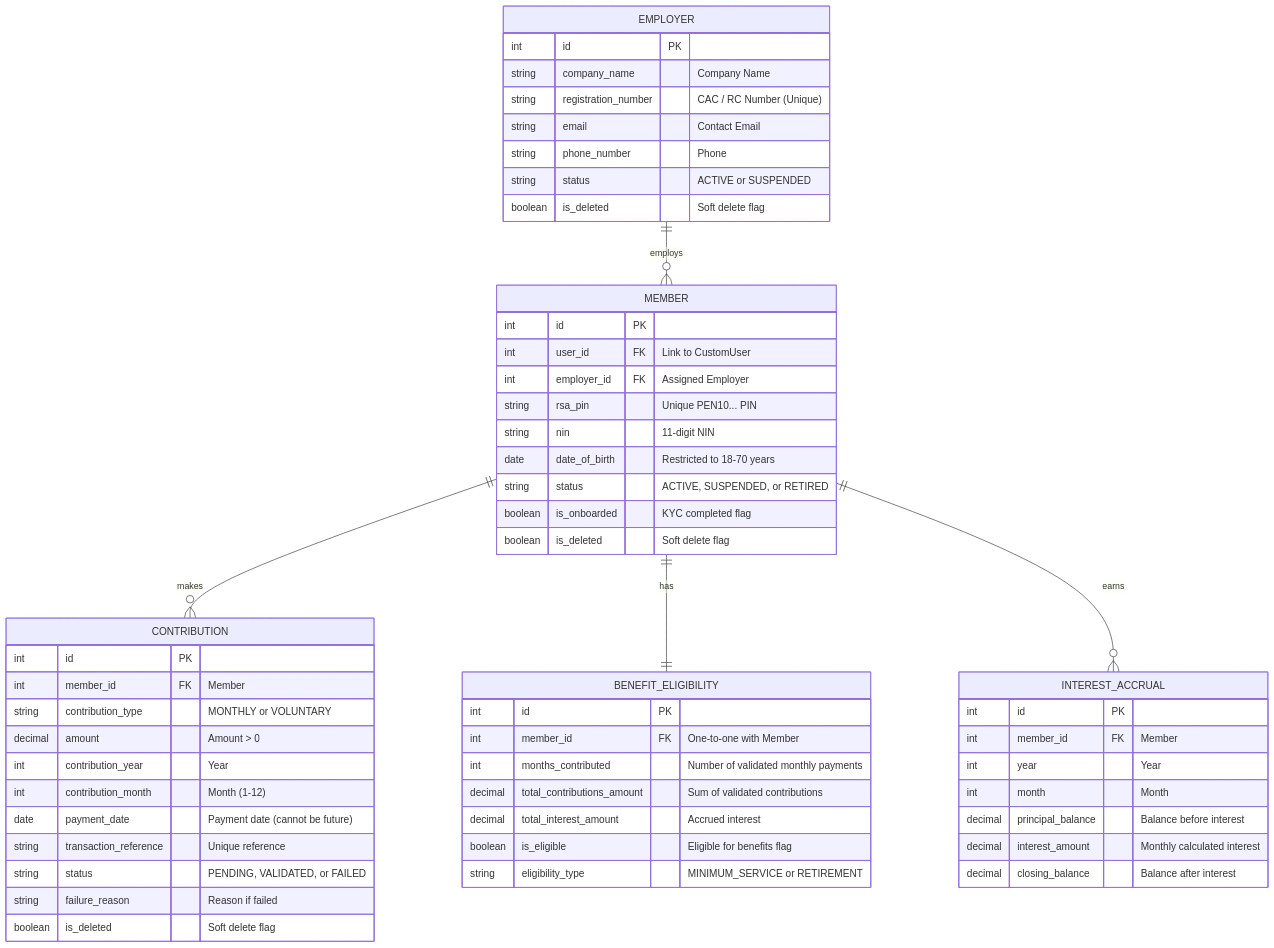
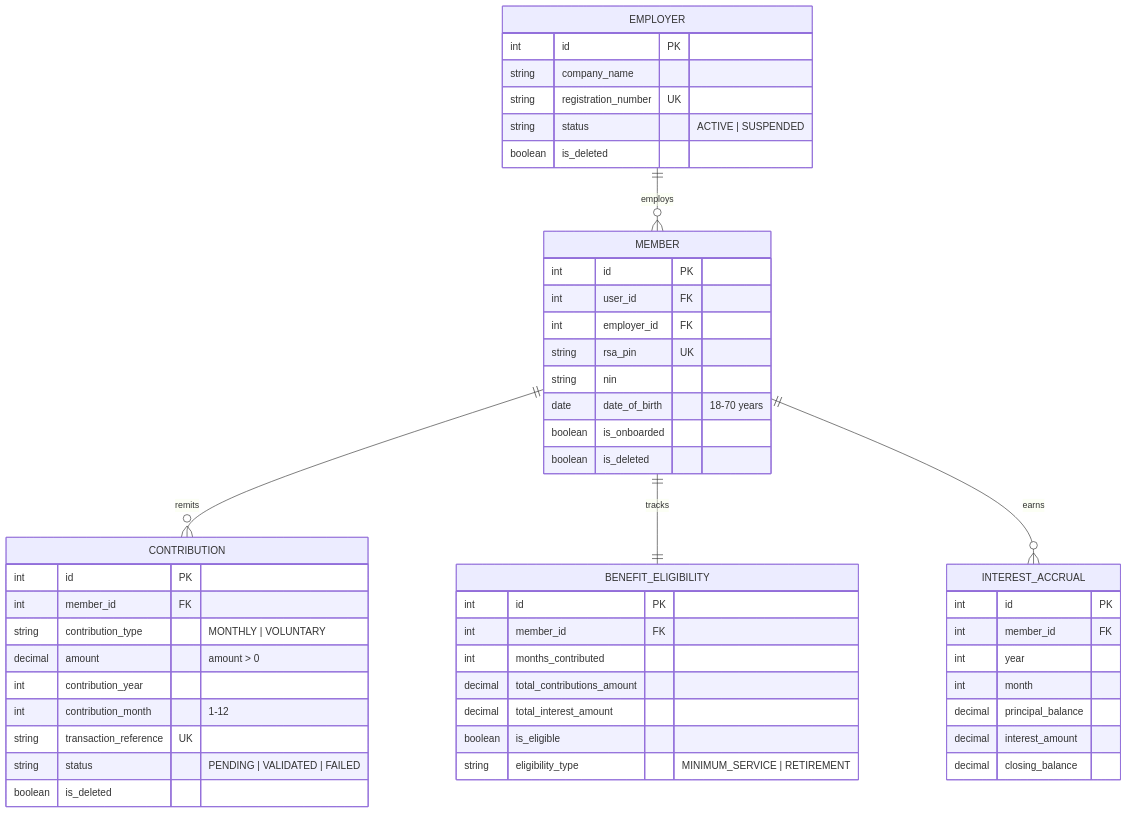
The second of 7 diagrams in SYSTEM_DESIGN.md (victorquadri123/pension-contribution-management-system), drawn with Mermaid before and after one commit. The commit also changed other lines of this file, not shown here.

````diff
--- a/SYSTEM_DESIGN.md
+++ b/SYSTEM_DESIGN.md
@@ -77,63 +31,58 @@
 ```mermaid
 erDiagram
     EMPLOYER ||--o{ MEMBER : "employs"
-    MEMBER ||--o{ CONTRIBUTION : "makes"
-    MEMBER ||--|| BENEFIT_ELIGIBILITY : "has"
+    MEMBER ||--o{ CONTRIBUTION : "remits"
+    MEMBER ||--|| BENEFIT_ELIGIBILITY : "tracks"
     MEMBER ||--o{ INTEREST_ACCRUAL : "earns"
 
     EMPLOYER {
         int id PK
-        string company_name "Company Name"
-        string registration_number "CAC / RC Number (Unique)"
-        string email "Contact Email"
-        string phone_number "Phone"
-        string status "ACTIVE or SUSPENDED"
-        boolean is_deleted "Soft delete flag"
+        string company_name
+        string registration_number UK
+        string status "ACTIVE | SUSPENDED"
+        boolean is_deleted
     }
 
     MEMBER {
         int id PK
-        int user_id FK "Link to CustomUser"
-        int employer_id FK "Assigned Employer"
-        string rsa_pin "Unique PEN10... PIN"
-        string nin "11-digit NIN"
-        date date_of_birth "Restricted to 18-70 years"
-        string status "ACTIVE, SUSPENDED, or RETIRED"
-        boolean is_onboarded "KYC completed flag"
-        boolean is_deleted "Soft delete flag"
+        int user_id FK
+        int employer_id FK
+        string rsa_pin UK
+        string nin
+        date date_of_birth "18-70 years"
+        boolean is_onboarded
+        boolean is_deleted
     }
 
     CONTRIBUTION {
         int id PK
-        int member_id FK "Member"
-        string contribution_type "MONTHLY or VOLUNTARY"
-        decimal amount "Amount > 0"
-        int contribution_year "Year"
-        int contribution_month "Month (1-12)"
-        date payment_date "Payment date (cannot be future)"
-        string transaction_reference "Unique reference"
-        string status "PENDING, VALIDATED, or FAILED"
-        string failure_reason "Reason if failed"
-        boolean is_deleted "Soft delete flag"
+        int member_id FK
+        string contribution_type "MONTHLY | VOLUNTARY"
+        decimal amount "amount > 0"
+        int contribution_year
+        int contribution_month "1-12"
+        string transaction_reference UK
+        string status "PENDING | VALIDATED | FAILED"
+        boolean is_deleted
     }
 
     BENEFIT_ELIGIBILITY {
         int id PK
-        int member_id FK "One-to-one with Member"
-        int months_contributed "Number of validated monthly payments"
-        decimal total_contributions_amount "Sum of validated contributions"
-        decimal total_interest_amount "Accrued interest"
-        boolean is_eligible "Eligible for benefits flag"
-        string eligibility_type "MINIMUM_SERVICE or RETIREMENT"
+        int member_id FK
+        int months_contributed
+        decimal total_contributions_amount
+        decimal total_interest_amount
+        boolean is_eligible
+        string eligibility_type "MINIMUM_SERVICE | RETIREMENT"
     }
 
     INTEREST_ACCRUAL {
         int id PK
-        int member_id FK "Member"
-        int year "Year"
-        int month "Month"
-        decimal principal_balance "Balance before interest"
-        decimal interest_amount "Monthly calculated interest"
-        decimal closing_balance "Balance after interest"
+        int member_id FK
+        int year
+        int month
+        decimal principal_balance
+        decimal interest_amount
+        decimal closing_balance
     }
 ```
````
